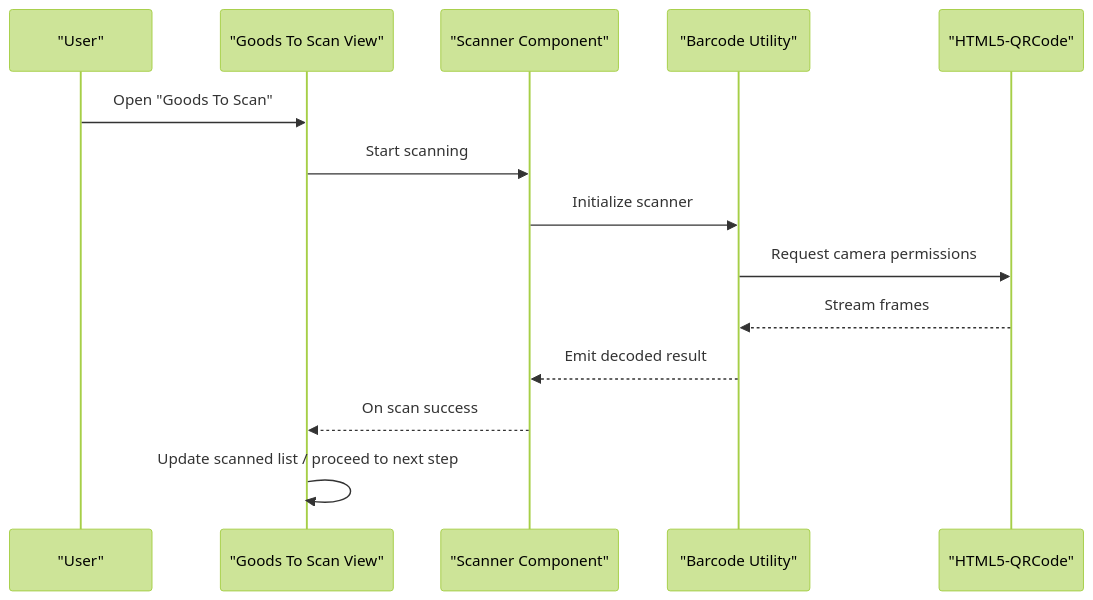
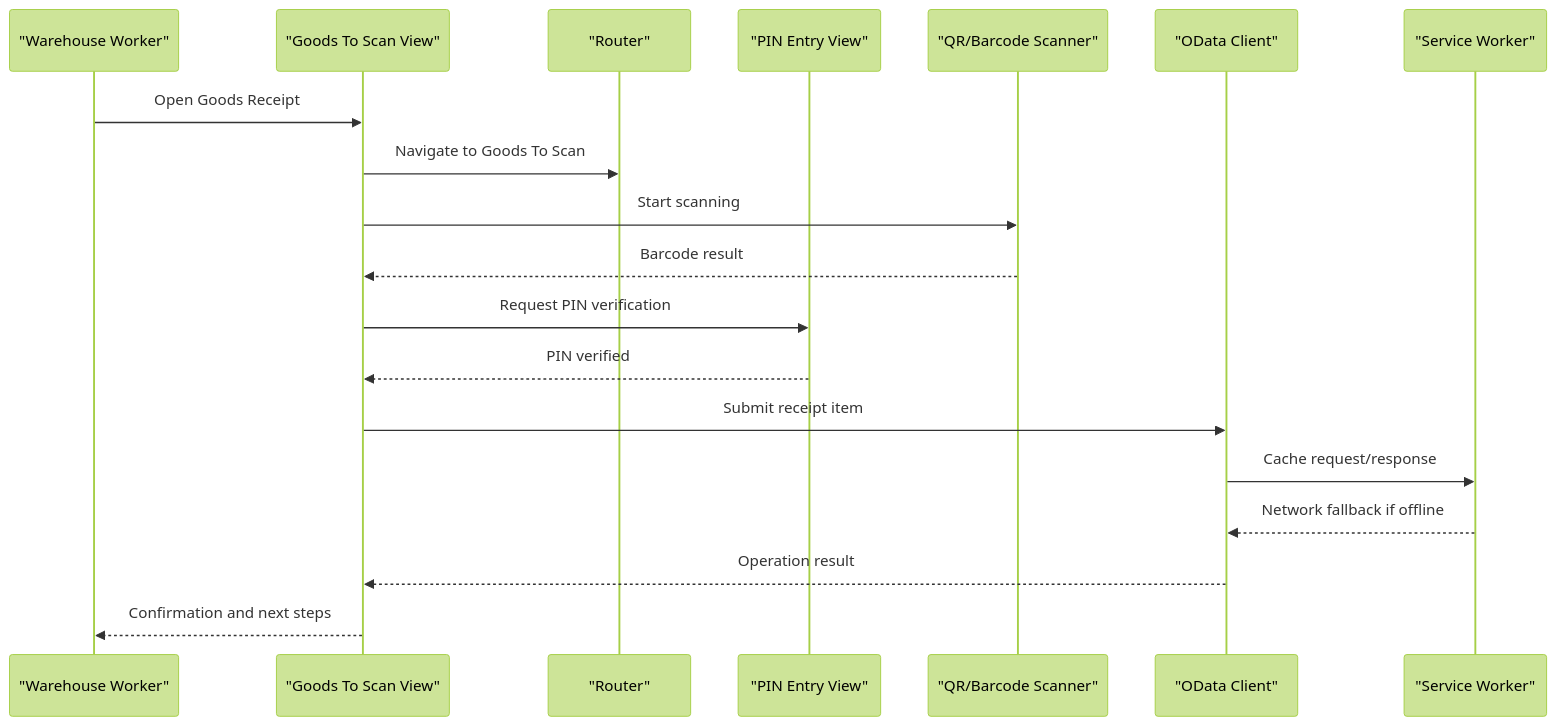
One commit to weiserman/ahm-gr-scanner-light-mode changed the third of 6 diagrams in .qoder/repowiki/en/content/Project Overview.md. Above: the diagram before and after it, drawn with Mermaid (forest theme). The commit also changed other lines of this file and 183 other files, not shown here.

````diff
--- a/.qoder/repowiki/en/content/Project Overview.md
+++ b/.qoder/repowiki/en/content/Project Overview.md
@@ -183,16 +207,21 @@
 ```mermaid
 sequenceDiagram
-participant User as "User"
+participant User as "Warehouse Worker"
 participant View as "Goods To Scan View"
-participant Comp as "Scanner Component"
-participant Util as "Barcode Utility"
-participant Lib as "HTML5-QRCode"
-User->>View : Open "Goods To Scan"
-View->>Comp : Start scanning
-Comp->>Util : Initialize scanner
-Util->>Lib : Request camera permissions
-Lib-->>Util : Stream frames
-Util-->>Comp : Emit decoded result
-Comp-->>View : On scan success
-View->>View : Update scanned list / proceed to next step
+participant Router as "Router"
+participant PIN as "PIN Entry View"
+participant Scan as "QR/Barcode Scanner"
+participant OData as "OData Client"
+participant SW as "Service Worker"
+User->>View : Open Goods Receipt
+View->>Router : Navigate to Goods To Scan
+View->>Scan : Start scanning
+Scan-->>View : Barcode result
+View->>PIN : Request PIN verification
+PIN-->>View : PIN verified
+View->>OData : Submit receipt item
+OData->>SW : Cache request/response
+SW-->>OData : Network fallback if offline
+OData-->>View : Operation result
+View-->>User : Confirmation and next steps
 ```
````
